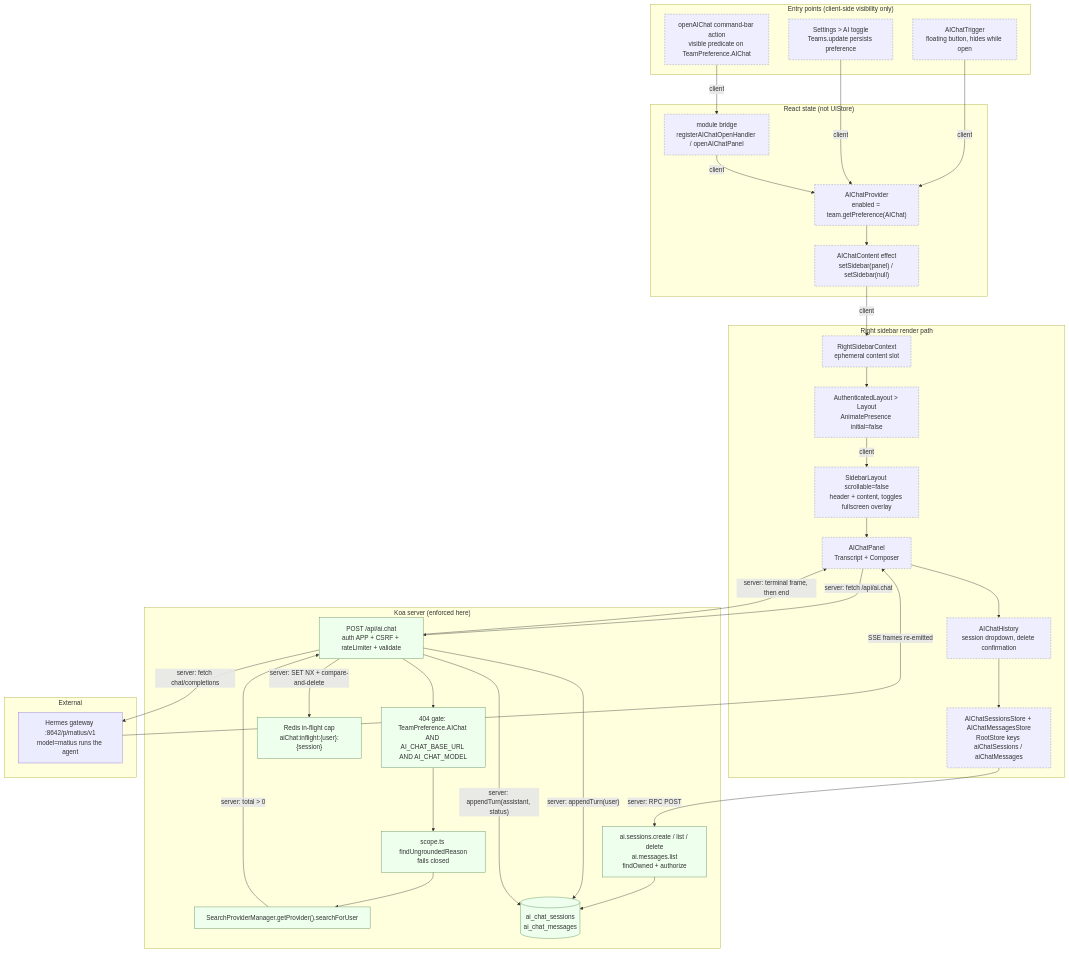
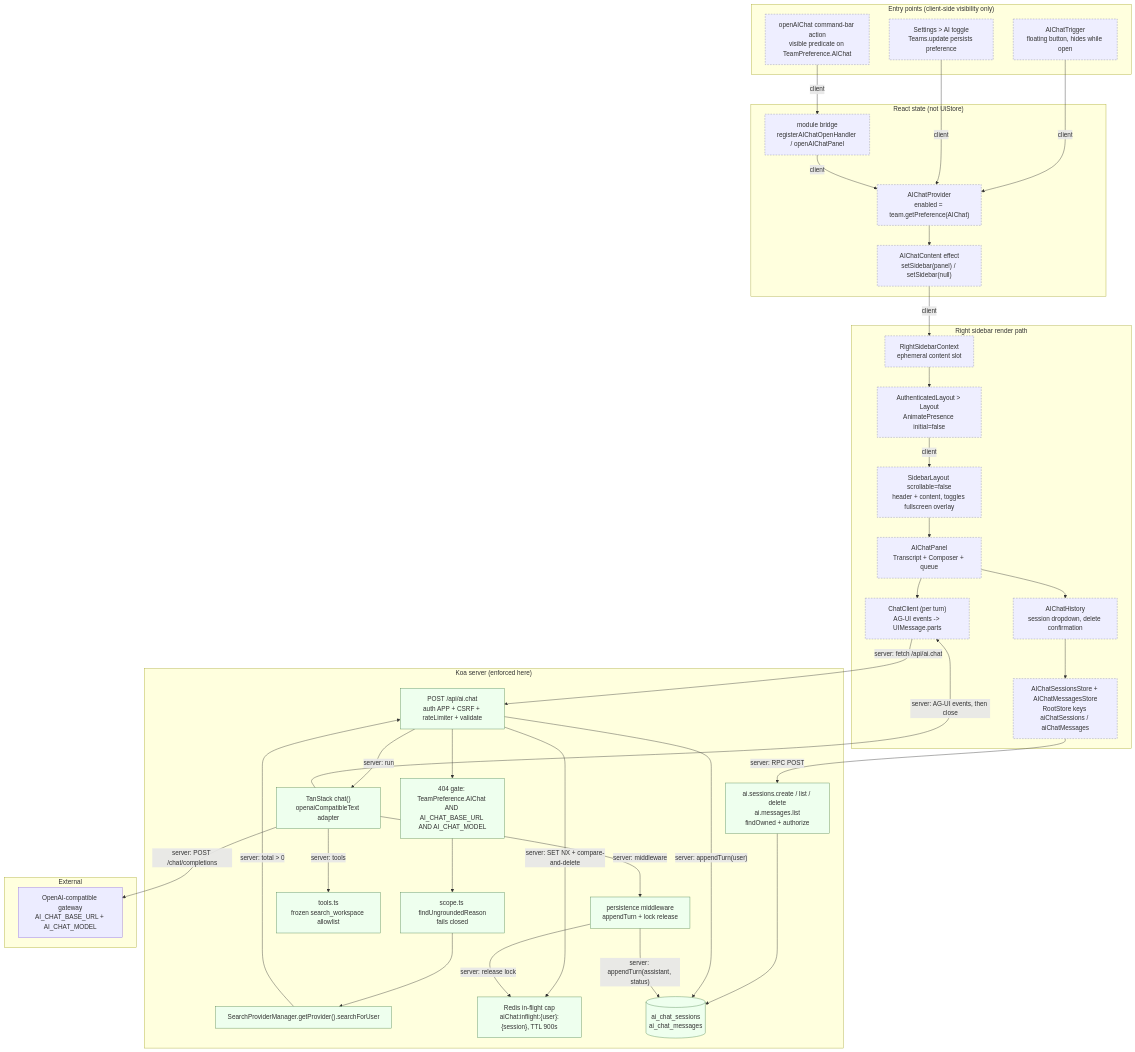
One commit to donichristian/outline-ygpkb changed the second of 2 diagrams in docs/AI-CHAT-DESIGN.md. Above: the diagram before and after it, drawn with Mermaid. The commit also changed other lines of this file and 1 other file, not shown here.

Commit message:
docs(ai-chat): document the TanStack AI transport and slice-2 boundary

````diff
--- a/docs/AI-CHAT-DESIGN.md
+++ b/docs/AI-CHAT-DESIGN.md
@@ -552,67 +537,75 @@
 ```mermaid
 flowchart TD
     subgraph entry["Entry points (client-side visibility only)"]
         Trigger["AIChatTrigger<br/>floating button, hides while open"]
         Action["openAIChat command-bar action<br/>visible predicate on TeamPreference.AIChat"]
         Toggle["Settings > AI toggle<br/>Teams.update persists preference"]
     end
 
     subgraph state["React state (not UiStore)"]
         Provider["AIChatProvider<br/>enabled = team.getPreference(AIChat)"]
         Bridge["module bridge<br/>registerAIChatOpenHandler / openAIChatPanel"]
         Content["AIChatContent effect<br/>setSidebar(panel) / setSidebar(null)"]
     end
 
 subgraph render["Right sidebar render path"]
 SidebarCtx["RightSidebarContext<br/>ephemeral content slot"]
 Layout["AuthenticatedLayout > Layout<br/>AnimatePresence initial=false"]
 SidebarLayout["SidebarLayout scrollable=false<br/>header + content, toggles fullscreen overlay"]
-Panel["AIChatPanel<br/>Transcript + Composer"]
+Panel["AIChatPanel<br/>Transcript + Composer + queue"]
+Client["ChatClient (per turn)<br/>AG-UI events -> UIMessage.parts"]
 History["AIChatHistory<br/>session dropdown, delete confirmation"]
 Stores["AIChatSessionsStore + AIChatMessagesStore<br/>RootStore keys aiChatSessions / aiChatMessages"]
 end
 
 subgraph server["Koa server (enforced here)"]
 Route["POST /api/ai.chat<br/>auth APP + CSRF + rateLimiter + validate"]
 Gate["404 gate: TeamPreference.AIChat AND AI_CHAT_BASE_URL AND AI_CHAT_MODEL"]
 Scope["scope.ts findUngroundedReason<br/>fails closed"]
 Search["SearchProviderManager.getProvider().searchForUser"]
 Sessions["ai.sessions.create / list / delete<br/>ai.messages.list<br/>findOwned + authorize"]
-Lock["Redis in-flight cap<br/>aiChat:inflight:{user}:{session}"]
+Lock["Redis in-flight cap<br/>aiChat:inflight:{user}:{session}, TTL 900s"]
+Chain["TanStack chat()<br/>openaiCompatibleText adapter"]
+Tools["tools.ts<br/>frozen search_workspace allowlist"]
+Persist["persistence middleware<br/>appendTurn + lock release"]
 Db[("ai_chat_sessions<br/>ai_chat_messages")]
 end
 
 subgraph external["External"]
-Hermes["Hermes gateway :8642/p/matius/v1<br/>model=matius runs the agent"]
+Gateway["OpenAI-compatible gateway<br/>AI_CHAT_BASE_URL + AI_CHAT_MODEL"]
 end
 
 Trigger -->|"client"| Provider
 Action -->|"client"| Bridge
 Toggle -->|"client"| Provider
 Bridge -->|"client"| Provider
 Provider --> Content
 Content -->|"client"| SidebarCtx
 SidebarCtx --> Layout
 Layout -->|"client"| SidebarLayout
 SidebarLayout --> Panel
+Panel --> Client
 Panel --> History
 History --> Stores
-Panel -->|"server: fetch /api/ai.chat"| Route
+Client -->|"server: fetch /api/ai.chat"| Route
 Stores -->|"server: RPC POST"| Sessions
 Sessions --> Db
 Route --> Gate
 Gate --> Scope
 Scope --> Search
 Search -->|"server: total > 0"| Route
 Route -->|"server: SET NX + compare-and-delete"| Lock
 Route -->|"server: appendTurn(user)"| Db
-Route -->|"server: appendTurn(assistant, status)"| Db
-Route -->|"server: terminal frame, then end"| Panel
-Route -->|"server: fetch chat/completions"| Hermes
-Hermes -->|"SSE frames re-emitted"| Panel
+Route -->|"server: run"| Chain
+Chain -->|"server: tools"| Tools
+Chain -->|"server: middleware"| Persist
+Persist -->|"server: appendTurn(assistant, status)"| Db
+Persist -->|"server: release lock"| Lock
+Chain -->|"server: POST /chat/completions"| Gateway
+Chain -->|"server: AG-UI events, then close"| Client
 
 classDef clientOnly fill:#eef,stroke:#88a,stroke-dasharray:4 3
 classDef serverSide fill:#efe,stroke:#585
-class Trigger,Action,Toggle,Provider,Bridge,Content,SidebarCtx,Layout,SidebarLayout,Panel,History,Stores clientOnly
-class Route,Gate,Scope,Search,Sessions,Lock,Db serverSide
+class Trigger,Action,Toggle,Provider,Bridge,Content,SidebarCtx,Layout,SidebarLayout,Panel,Client,History,Stores clientOnly
+class Route,Gate,Scope,Search,Sessions,Lock,Chain,Tools,Persist,Db serverSide
 ```
````
